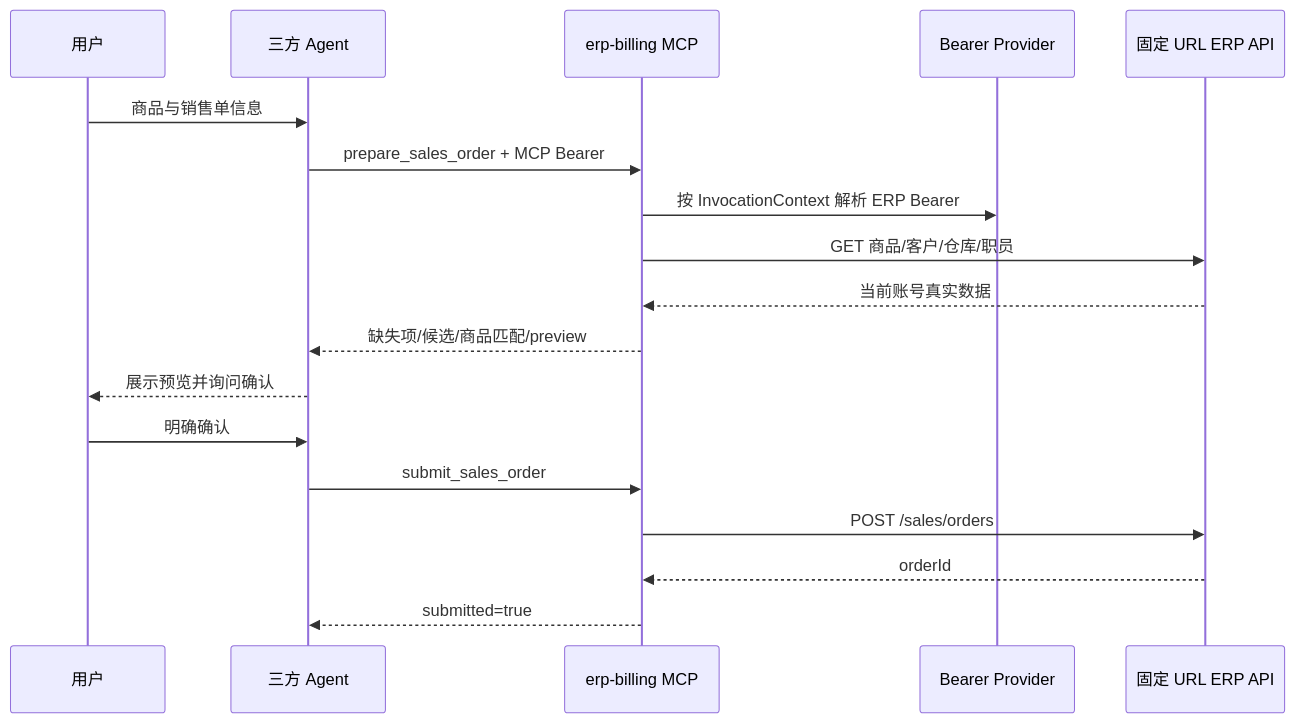
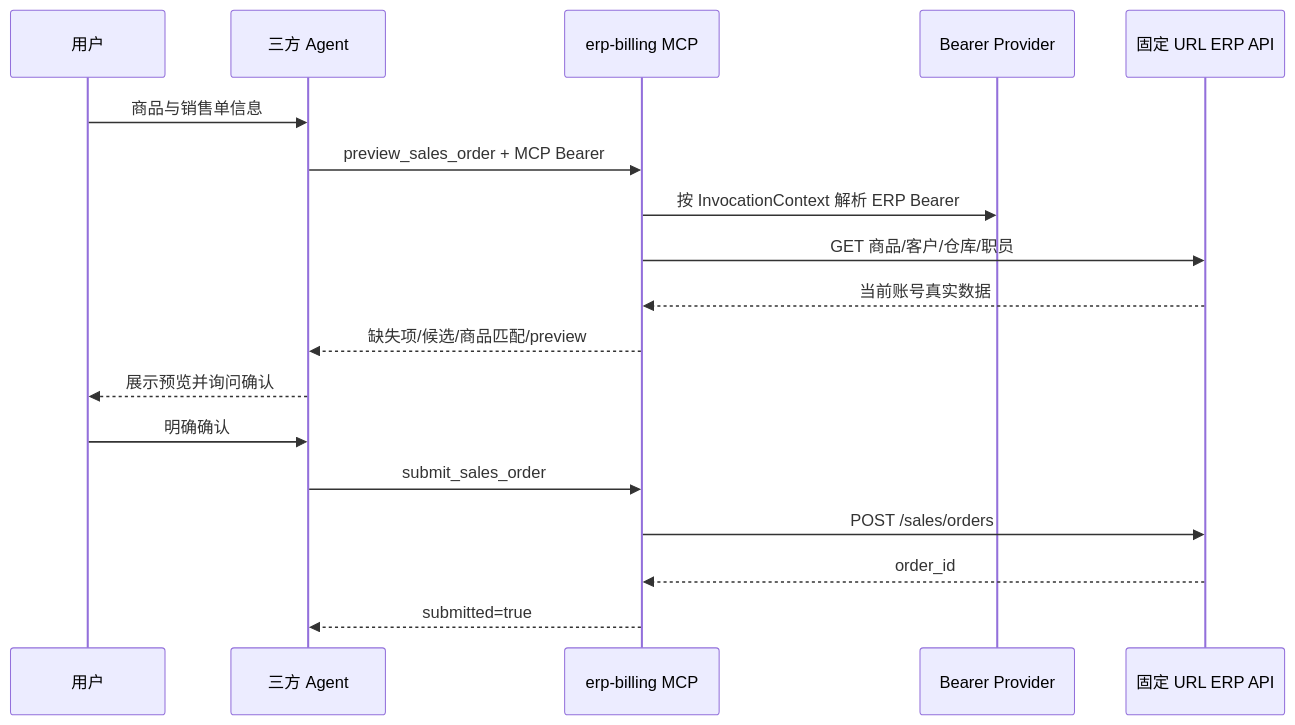
The diagram in docs/architecture/billing-mcp-integration-guide.md (757607106/gjp-cyb-mcp), drawn with Mermaid before and after one commit. The commit also changed other lines of this file and 49 other files, not shown here.

````diff
--- a/docs/architecture/billing-mcp-integration-guide.md
+++ b/docs/architecture/billing-mcp-integration-guide.md
@@ -23,21 +23,21 @@
 ```mermaid
 sequenceDiagram
     participant U as 用户
     participant A as 三方 Agent
     participant M as erp-billing MCP
     participant C as Bearer Provider
     participant E as 固定 URL ERP API
 
     U->>A: 商品与销售单信息
-    A->>M: prepare_sales_order + MCP Bearer
+    A->>M: preview_sales_order + MCP Bearer
     M->>C: 按 InvocationContext 解析 ERP Bearer
     M->>E: GET 商品/客户/仓库/职员
     E-->>M: 当前账号真实数据
     M-->>A: 缺失项/候选/商品匹配/preview
     A-->>U: 展示预览并询问确认
     U->>A: 明确确认
     A->>M: submit_sales_order
     M->>E: POST /sales/orders
-    E-->>M: orderId
+    E-->>M: order_id
     M-->>A: submitted=true
 ```
````
